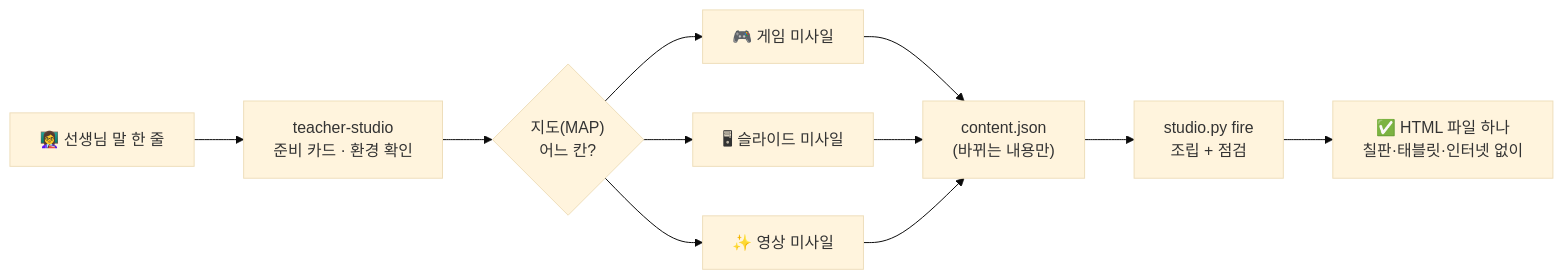
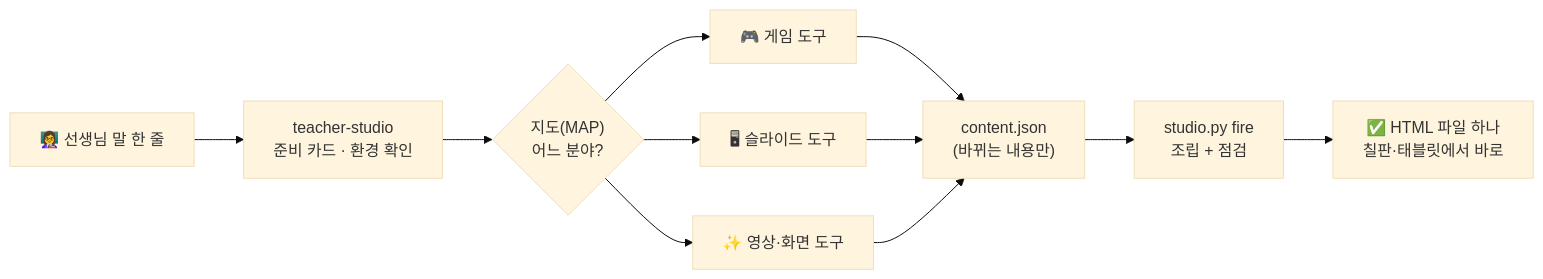
One commit to zln02/teacher-studio changed the diagram in README.md. Above: the diagram before and after it, drawn with Mermaid (base theme). The commit also changed other lines of this file and 32 other files, not shown here.

````diff
--- a/README.md
+++ b/README.md
@@ -163,11 +257,11 @@
 ```mermaid
 flowchart LR
   T["👩‍🏫 선생님 말 한 줄"] --> S["teacher-studio<br/>준비 카드 · 환경 확인"]
-  S --> M{"지도(MAP)<br/>어느 칸?"}
-  M --> G["🎮 게임 미사일"]
-  M --> D["🖥 슬라이드 미사일"]
-  M --> V["✨ 영상 미사일"]
+  S --> M{"지도(MAP)<br/>어느 분야?"}
+  M --> G["🎮 게임 도구"]
+  M --> D["🖥 슬라이드 도구"]
+  M --> V["✨ 영상·화면 도구"]
   G & D & V --> C["content.json<br/>(바뀌는 내용만)"]
   C --> F["studio.py fire<br/>조립 + 점검"]
-  F --> R["✅ HTML 파일 하나<br/>칠판·태블릿·인터넷 없이"]
+  F --> R["✅ HTML 파일 하나<br/>칠판·태블릿에서 바로"]
 ```
````
